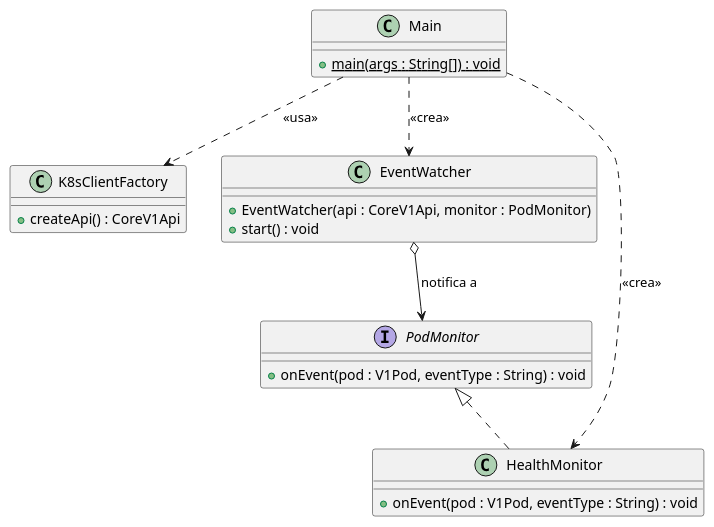
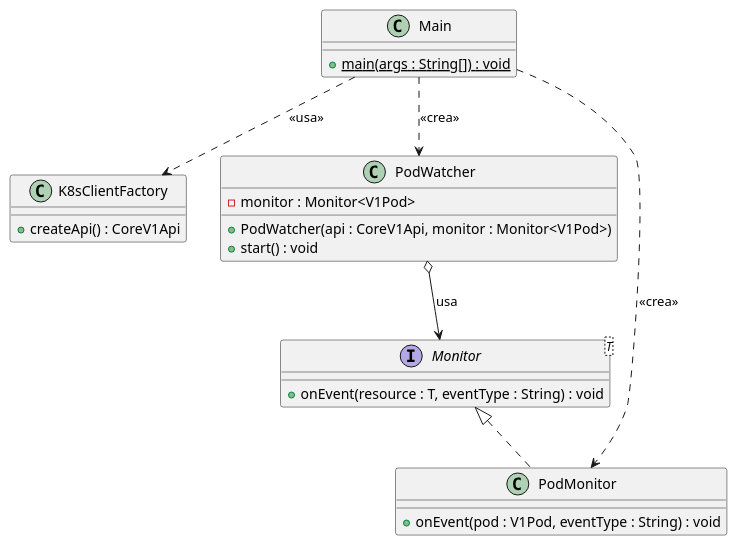
One commit to Carlos-Lima2510/Kintoh changed the diagram in documents/vistaPública.puml. Above: the diagram before and after it, drawn with PlantUML. The commit also changed 1 other file, not shown here.

Commit message:
refactor: Update documentation of Pod monitoring interface and class relationships on puml file

```diff
--- a/documents/vistaPública.puml
+++ b/documents/vistaPública.puml
@@ -1,33 +1,34 @@
 @startuml
 
 class Main {
     + {static} main(args : String[]) : void
 }
 
 class K8sClientFactory {
     + createApi() : CoreV1Api
 }
 
-interface PodMonitor {
-    + onEvent(pod : V1Pod, eventType : String) : void
+interface "Monitor<T>" as Monitor {
+    + onEvent(resource : T, eventType : String) : void
 }
 
-class EventWatcher {
-    + EventWatcher(api : CoreV1Api, monitor : PodMonitor)
+class PodWatcher {
+    - monitor : Monitor<V1Pod>
+    + PodWatcher(api : CoreV1Api, monitor : Monitor<V1Pod>)
     + start() : void
 }
 
-class HealthMonitor {
+class PodMonitor {
     + onEvent(pod : V1Pod, eventType : String) : void
 }
 
 
 Main ..> K8sClientFactory : <<usa>>
-Main ..> EventWatcher : <<crea>>
-Main ..> HealthMonitor : <<crea>>
+Main ..> PodWatcher : <<crea>>
+Main ..> PodMonitor : <<crea>>
 
-PodMonitor <|.. HealthMonitor
+Monitor <|.. PodMonitor 
 
-EventWatcher o--> PodMonitor : "notifica a"
+PodWatcher o--> Monitor : "usa"
 
 @enduml
```
